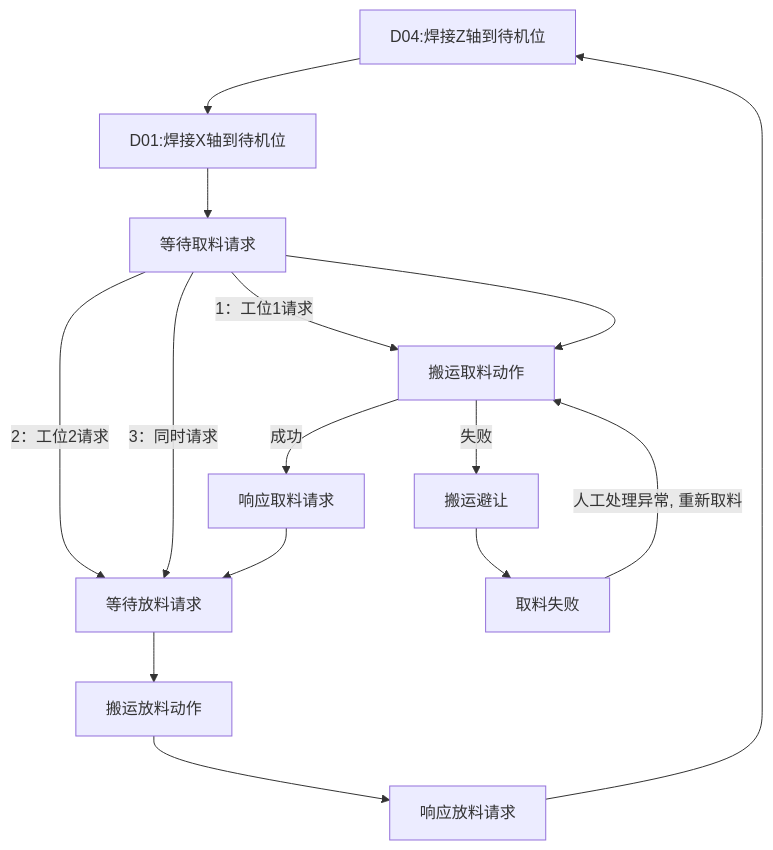
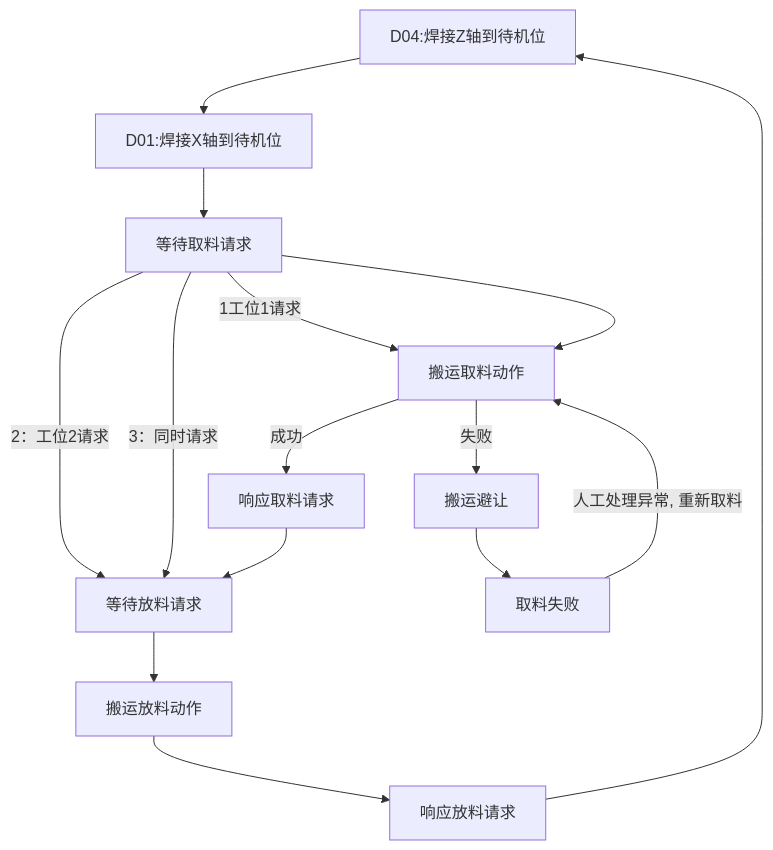
One commit to PengKun1/iodraw-files changed the diagram in all/OP10焊接工位自动流程.md. Above: the diagram before and after it, drawn with Mermaid.

Commit message:
2024-08-06 16:55:27 update

````diff
--- a/all/OP10焊接工位自动流程.md
+++ b/all/OP10焊接工位自动流程.md
@@ -1,19 +1,19 @@
 ```mermaid
 graph TD
 10[D04:焊接Z轴到待机位]-->20
 20[D01:焊接X轴到待机位]-->30
-30{等待请求焊接信号}-->|1：工位1请求|40
+30{等待请求焊接信号}-->|1工位1请求|40
 30-->|2：工位2请求|60
 30-->|3：同时请求|60
 30[等待取料请求]-->40
 40[搬运取料动作]-->|成功|50
 40-->|失败|90
 50[响应取料请求]-->60
 60[等待放料请求]-->70
 70[搬运放料动作]-->80
 80[响应放料请求]-->10
 
 90[搬运避让]-->900
 
 900[取料失败]-->|人工处理异常, 重新取料|40
 ```
````
